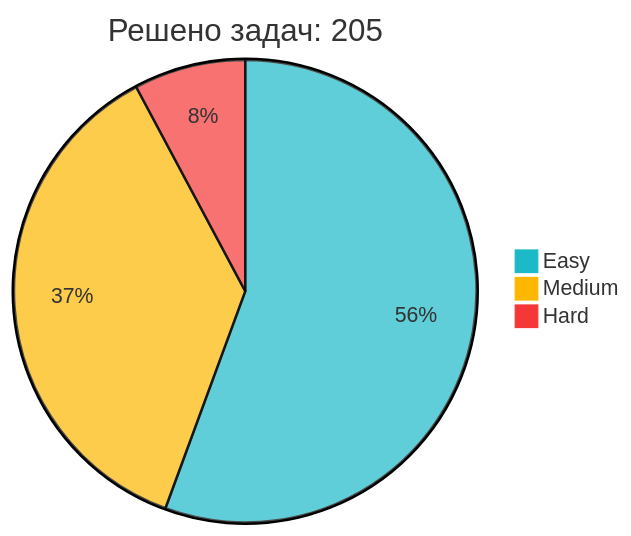
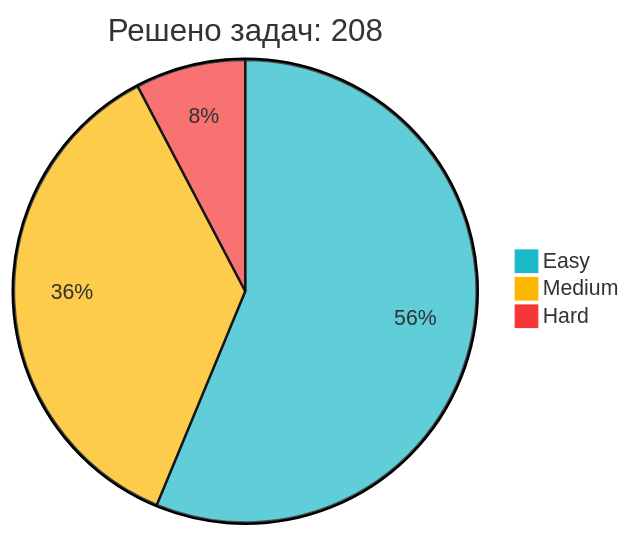
The diagram in README.md (IliaKurdukov/IliaKurdukov), drawn with Mermaid before and after one commit. The commit also changed other lines of this file, not shown here.

Commit message:
📈 Обновление статистики LeetCode

````diff
--- a/README.md
+++ b/README.md
@@ -51,7 +51,7 @@
 ```mermaid
 %%{init: {'theme': 'base', 'themeVariables': { 'pie1': '#1CBAC8', 'pie2': '#FEB700', 'pie3': '#F63737' }, 'config': {'width': 300, 'height': 200}}}%%
-pie title Решено задач: 205
-   "Easy" : 114
+pie title Решено задач: 208
+   "Easy" : 117
    "Medium" : 75
    "Hard" : 16
 ```
````
